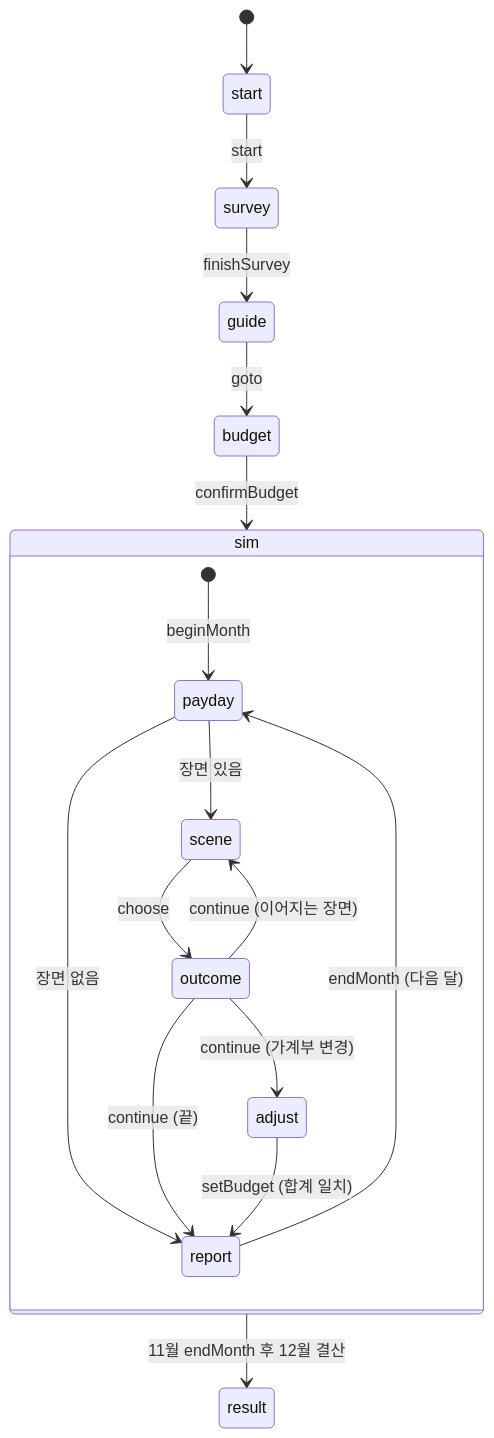
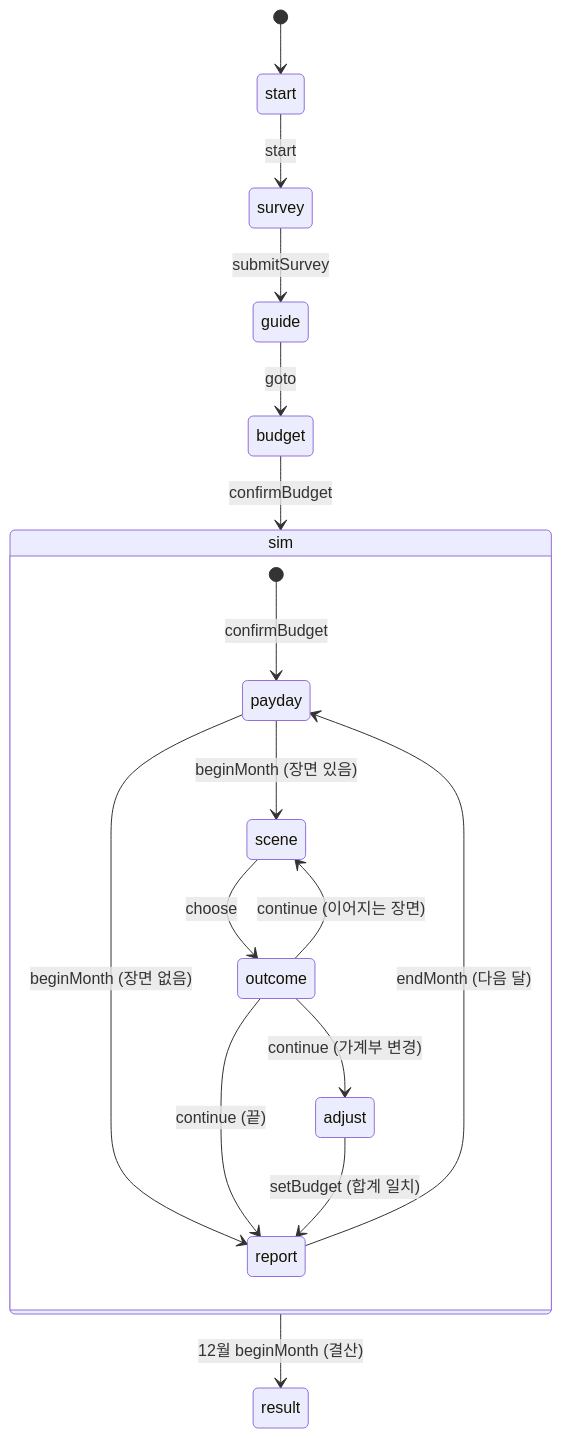
The diagram in docs/core-api.md (tasoo-oos/computer-subject-teaching-team-12-meterial), drawn with Mermaid before and after one commit. The commit also changed other lines of this file and 2 other files, not shown here.

````diff
--- a/docs/core-api.md
+++ b/docs/core-api.md
@@ -180,20 +243,20 @@
 ```mermaid
 stateDiagram-v2
     [*] --> start
     start --> survey: start
-    survey --> guide: finishSurvey
+    survey --> guide: submitSurvey
     guide --> budget: goto
     budget --> sim: confirmBudget
     state sim {
-        [*] --> payday: beginMonth
-        payday --> scene: 장면 있음
-        payday --> report: 장면 없음
+        [*] --> payday: confirmBudget
+        payday --> scene: beginMonth (장면 있음)
+        payday --> report: beginMonth (장면 없음)
         scene --> outcome: choose
         outcome --> scene: continue (이어지는 장면)
         outcome --> adjust: continue (가계부 변경)
         outcome --> report: continue (끝)
         adjust --> report: setBudget (합계 일치)
         report --> payday: endMonth (다음 달)
     }
-    sim --> result: 11월 endMonth 후 12월 결산
+    sim --> result: 12월 beginMonth (결산)
 ```
````
